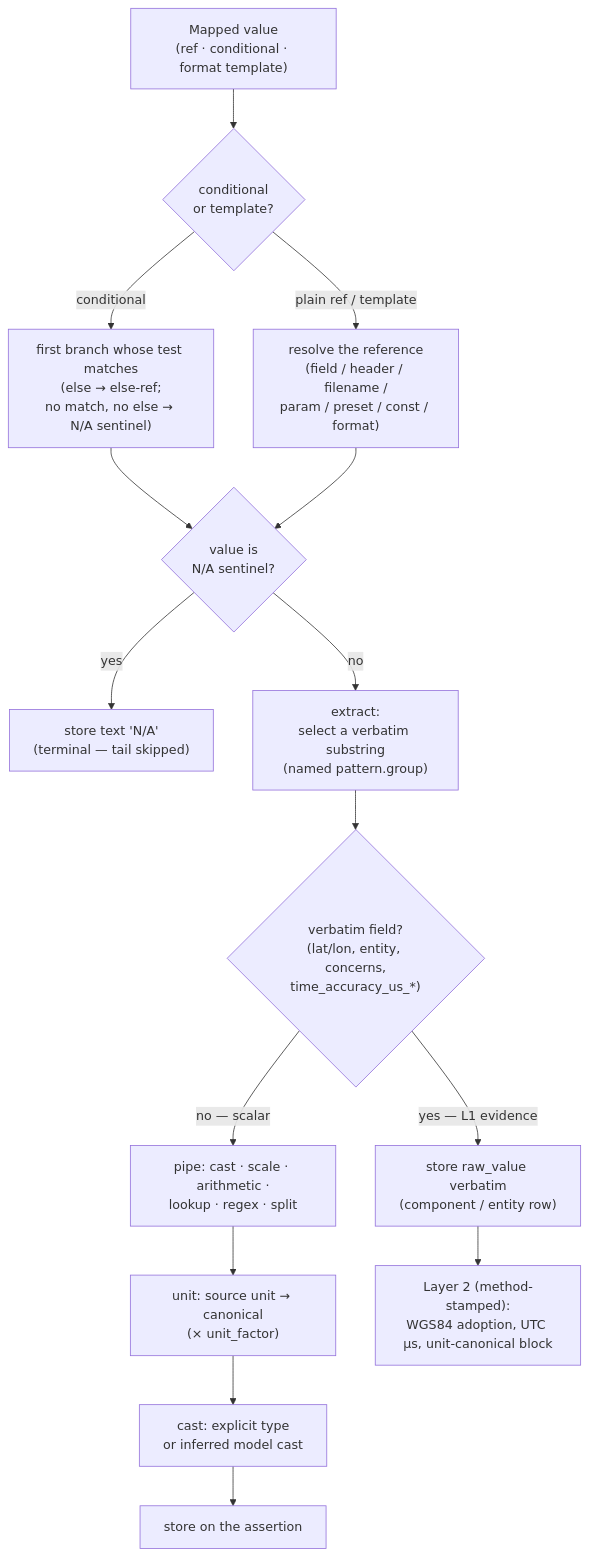
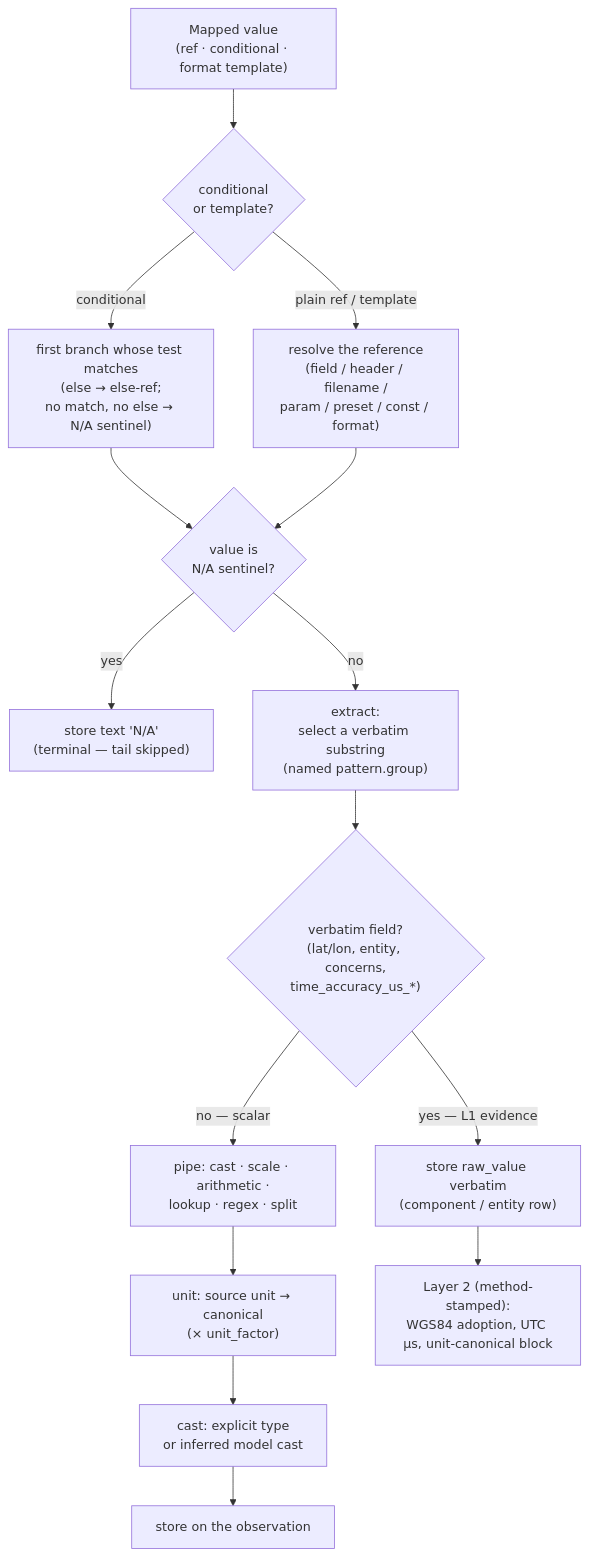
Before and after one commit to Ben0x0a/mATLAS: the diagram in docs/guide/preset_authoring.md, drawn with Mermaid. The commit also changed other lines of this file and 86 other files, not shown here.

Commit message:
refactor: rename assertion to observation

````diff
--- a/docs/guide/preset_authoring.md
+++ b/docs/guide/preset_authoring.md
@@ -36,17 +36,17 @@
 ```mermaid
 flowchart TD
     A["Mapped value<br/>(ref · conditional · format template)"] --> B{"conditional<br/>or template?"}
     B -->|conditional| C["first branch whose test matches<br/>(else → else-ref;<br/>no match, no else → N/A sentinel)"]
     B -->|plain ref / template| D["resolve the reference<br/>(field / header / filename /<br/>param / preset / const / format)"]
     C --> E{"value is<br/>N/A sentinel?"}
     D --> E
     E -->|yes| Z["store text 'N/A'<br/>(terminal — tail skipped)"]
     E -->|no| F["extract:<br/>select a verbatim substring<br/>(named pattern.group)"]
     F --> G{"verbatim field?<br/>(lat/lon, entity, concerns,<br/>time_accuracy_us_*)"}
     G -->|yes — L1 evidence| V["store raw_value verbatim<br/>(component / entity row)"]
     G -->|no — scalar| H["pipe: cast · scale · arithmetic ·<br/>lookup · regex · split"]
     H --> I["unit: source unit → canonical<br/>(× unit_factor)"]
     I --> J["cast: explicit type<br/>or inferred model cast"]
-    J --> K["store on the assertion"]
+    J --> K["store on the observation"]
     V --> L2["Layer 2 (method-stamped):<br/>WGS84 adoption, UTC µs, unit-canonical block"]
 ```
````
